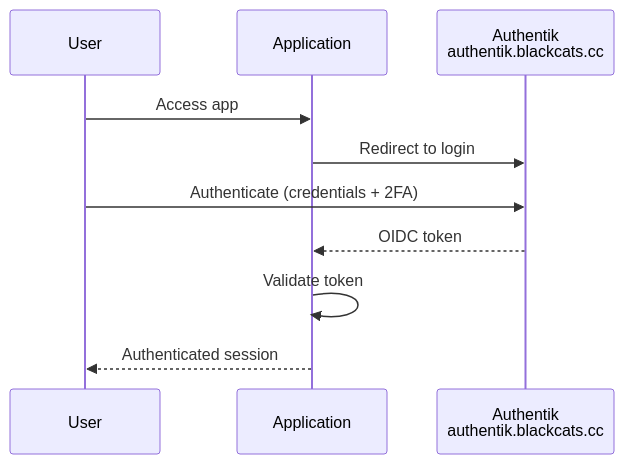
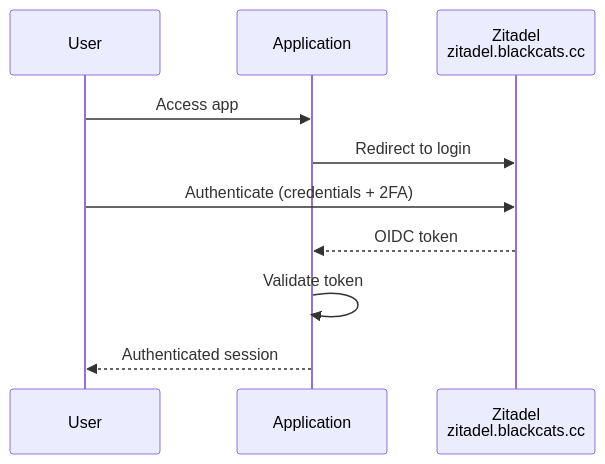
Before and after one commit to lucid-void/homelab: the first of 3 diagrams in docs/operations/security.md, drawn with Mermaid. The commit also changed other lines of this file and 6 other files, not shown here.

````diff
--- a/docs/operations/security.md
+++ b/docs/operations/security.md
@@ -23,13 +23,13 @@
 ```mermaid
 sequenceDiagram
     participant U as User
     participant App as Application
-    participant AK as Authentik<br/>authentik.blackcats.cc
+    participant ZI as Zitadel<br/>zitadel.blackcats.cc
 
     U->>App: Access app
-    App->>AK: Redirect to login
-    U->>AK: Authenticate (credentials + 2FA)
-    AK-->>App: OIDC token
+    App->>ZI: Redirect to login
+    U->>ZI: Authenticate (credentials + 2FA)
+    ZI-->>App: OIDC token
     App->>App: Validate token
     App-->>U: Authenticated session
 ```
````
